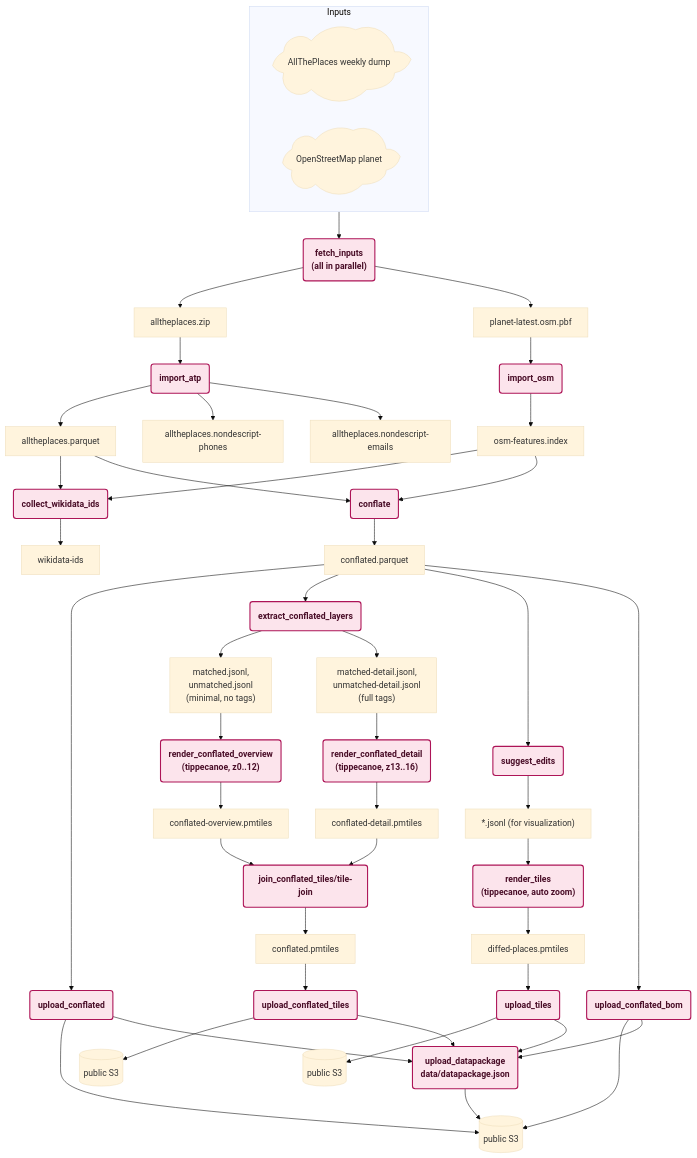
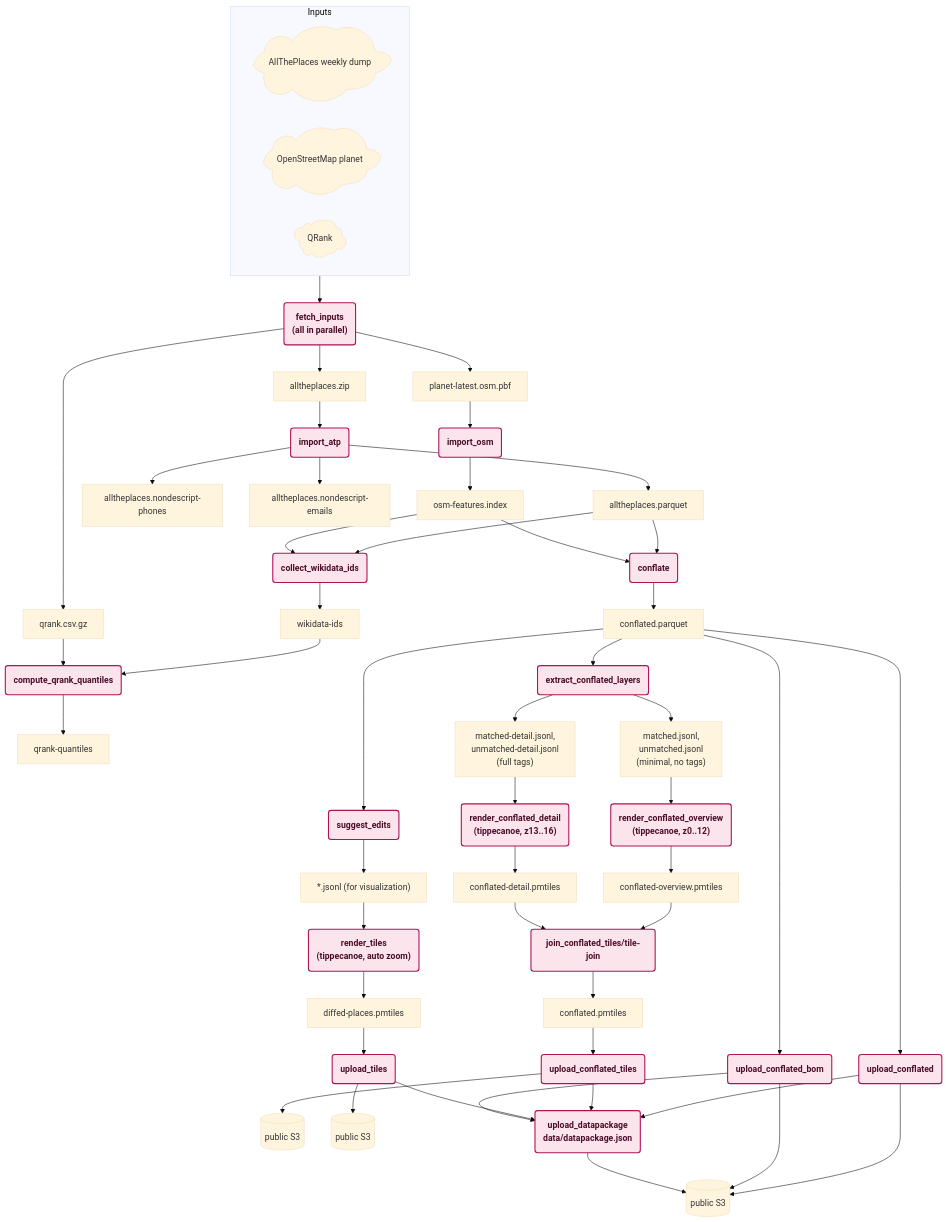
Before and after one commit to brawer/osmdiffs: the diagram in docs/TECHNICAL_DESIGN.md, drawn with Mermaid (base theme). The commit also changed other lines of this file and 10 other files, not shown here.

First line of the commit message:
feat: compute QRank quantiles for brand Wikidata IDs (#848)

````diff
--- a/docs/TECHNICAL_DESIGN.md
+++ b/docs/TECHNICAL_DESIGN.md
@@ -177,50 +177,56 @@
 ```mermaid
 graph TD
     ATP_SRC@{ shape: cloud, label: "AllThePlaces weekly dump" }
     OSM_SRC@{ shape: cloud, label: "OpenStreetMap planet" }
+    QRANK_SRC@{ shape: cloud, label: "QRank" }
 
     subgraph INPUTS [Inputs]
         ATP_SRC
         OSM_SRC
+        QRANK_SRC
     end
     INPUTS --> FETCH_INPUTS("fetch_inputs<br/>(all in parallel)")
     FETCH_INPUTS --> ATP_ZIP[alltheplaces.zip]
     FETCH_INPUTS --> OSM_PBF[planet-latest.osm.pbf]
+    FETCH_INPUTS --> QRANK_CSV[qrank.csv.gz]
 
     ATP_ZIP --> IMPORT_ATP(import_atp) --> ATP_PARQUET[alltheplaces.parquet]
     IMPORT_ATP --> NONDESCRIPT_PHONES[alltheplaces.nondescript-phones]
     IMPORT_ATP --> NONDESCRIPT_EMAILS[alltheplaces.nondescript-emails]
     OSM_PBF --> IMPORT_OSM(import_osm) --> OSM_INDEX[osm-features.index]
 
     ATP_PARQUET --> COLLECT_WIKI(collect_wikidata_ids)
     OSM_INDEX --> COLLECT_WIKI
     COLLECT_WIKI --> WIKIDATA[wikidata-ids]
+    WIKIDATA --> QRANK_QUANTILES(compute_qrank_quantiles)
+    QRANK_CSV --> QRANK_QUANTILES
+    QRANK_QUANTILES --> QRANK_Q[qrank-quantiles]
 
     ATP_PARQUET --> CONFLATE(conflate)
     OSM_INDEX --> CONFLATE
     CONFLATE --> CONFLATED[conflated.parquet]
     CONFLATED --> UPLOAD_CONFLATED(upload_conflated) --> S3A[("public S3")]
 
     CONFLATED --> EXTRACT_CONFLATED_LAYERS(extract_conflated_layers)
     EXTRACT_CONFLATED_LAYERS --> OVERVIEW_LAYERS["matched.jsonl,<br/>unmatched.jsonl<br/>(minimal, no tags)"]
     EXTRACT_CONFLATED_LAYERS --> DETAIL_LAYERS["matched-detail.jsonl,<br/>unmatched-detail.jsonl<br/>(full tags)"]
     OVERVIEW_LAYERS --> RENDER_CONFLATED_OVERVIEW("render_conflated_overview<br/>(tippecanoe, z0..12)") --> OVERVIEW_PMTILES[conflated-overview.pmtiles]
     DETAIL_LAYERS --> RENDER_CONFLATED_DETAIL("render_conflated_detail<br/>(tippecanoe, z13..16)") --> DETAIL_PMTILES[conflated-detail.pmtiles]
     OVERVIEW_PMTILES --> JOIN_CONFLATED_TILES(join_conflated_tiles/tile-join)
     DETAIL_PMTILES --> JOIN_CONFLATED_TILES
     JOIN_CONFLATED_TILES --> CONFLATED_PMTILES[conflated.pmtiles]
     CONFLATED_PMTILES --> UPLOAD_CONFLATED_TILES(upload_conflated_tiles) --> S3C[("public S3")]
 
     CONFLATED --> SUGGEST_EDITS(suggest_edits) --> LAYERS["*.jsonl (for visualization)"]
     LAYERS --> RENDER_TILES("render_tiles<br/>(tippecanoe, auto zoom)") --> PMTILES[diffed-places.pmtiles]
     PMTILES --> UPLOAD_TILES(upload_tiles) --> S3B[("public S3")]
 
     CONFLATED --> UPLOAD_BOM(upload_conflated_bom) --> S3A
     UPLOAD_CONFLATED --> UPLOAD_DATAPACKAGE
     UPLOAD_CONFLATED_TILES --> UPLOAD_DATAPACKAGE
     UPLOAD_TILES --> UPLOAD_DATAPACKAGE
     UPLOAD_BOM --> UPLOAD_DATAPACKAGE(upload_datapackage<br/>data/datapackage.json) --> S3A
 
     classDef process fill:#fce4ec,stroke:#ad1457,stroke-width:2px,color:#4a0e28,font-weight:bold;
-    class FETCH_INPUTS,IMPORT_ATP,COLLECT_WIKI,IMPORT_OSM,CONFLATE,UPLOAD_CONFLATED,EXTRACT_CONFLATED_LAYERS,RENDER_CONFLATED_OVERVIEW,RENDER_CONFLATED_DETAIL,JOIN_CONFLATED_TILES,UPLOAD_CONFLATED_TILES,SUGGEST_EDITS,RENDER_TILES,UPLOAD_TILES,UPLOAD_BOM,UPLOAD_DATAPACKAGE process;
+    class FETCH_INPUTS,IMPORT_ATP,COLLECT_WIKI,QRANK_QUANTILES,IMPORT_OSM,CONFLATE,UPLOAD_CONFLATED,EXTRACT_CONFLATED_LAYERS,RENDER_CONFLATED_OVERVIEW,RENDER_CONFLATED_DETAIL,JOIN_CONFLATED_TILES,UPLOAD_CONFLATED_TILES,SUGGEST_EDITS,RENDER_TILES,UPLOAD_TILES,UPLOAD_BOM,UPLOAD_DATAPACKAGE process;
 ```
````
